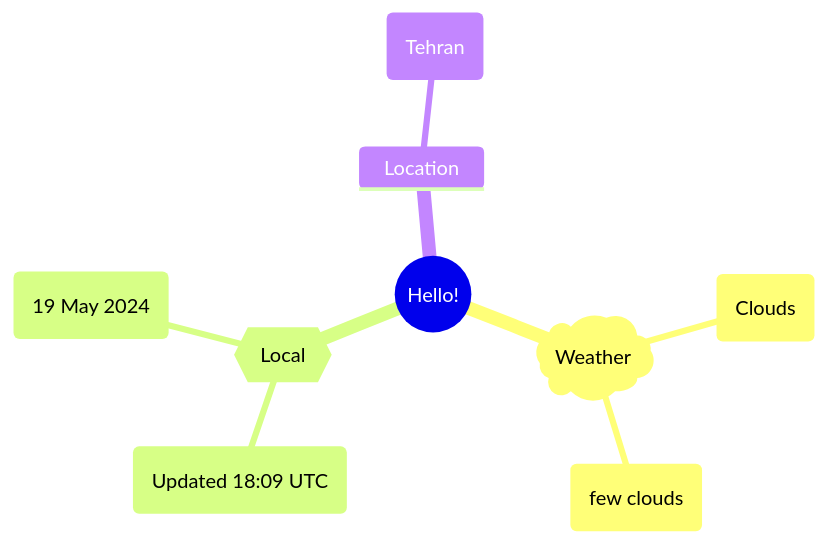
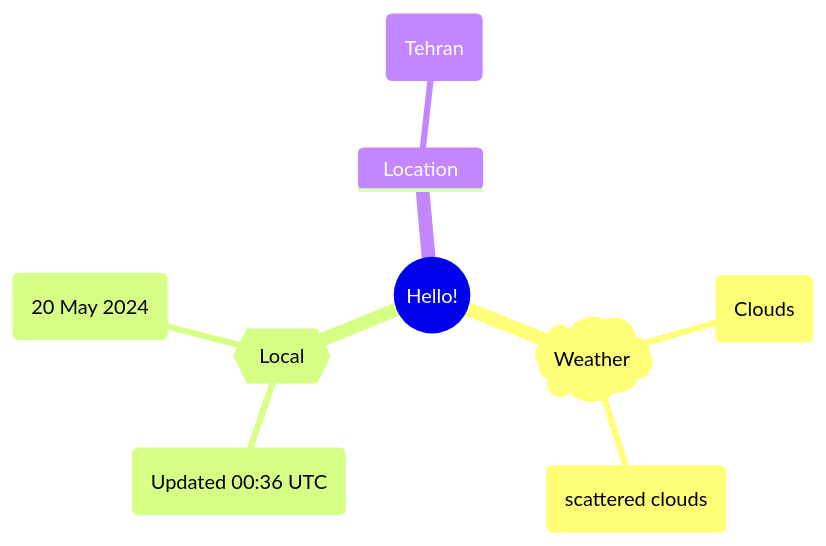
Before and after one commit to Xosrov/Xosrov: the first of 2 diagrams in README.md, drawn with Mermaid.

Commit message:
[bot] updated images

````diff
--- a/README.md
+++ b/README.md
@@ -3,12 +3,12 @@
 ```mermaid
 mindmap
   root((Hello!))
     )Weather(
         (Clouds)
-        (few clouds)
+        (scattered clouds)
     {{Local}}
-        (Updated 18:09 UTC)
-        (19 May 2024)
+        (Updated 00:36 UTC)
+        (20 May 2024)
     Location
         (Tehran)
 ```
````
